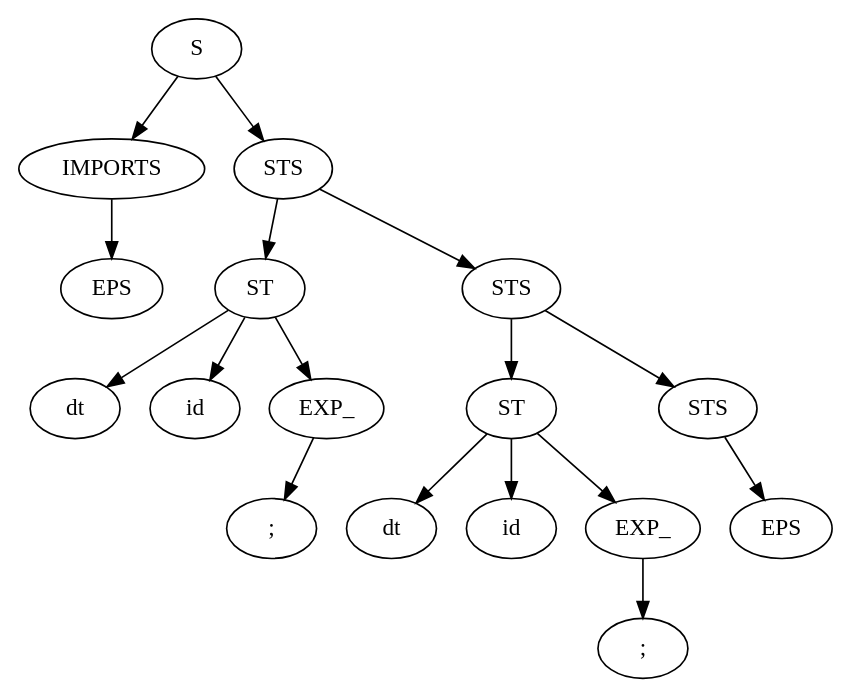
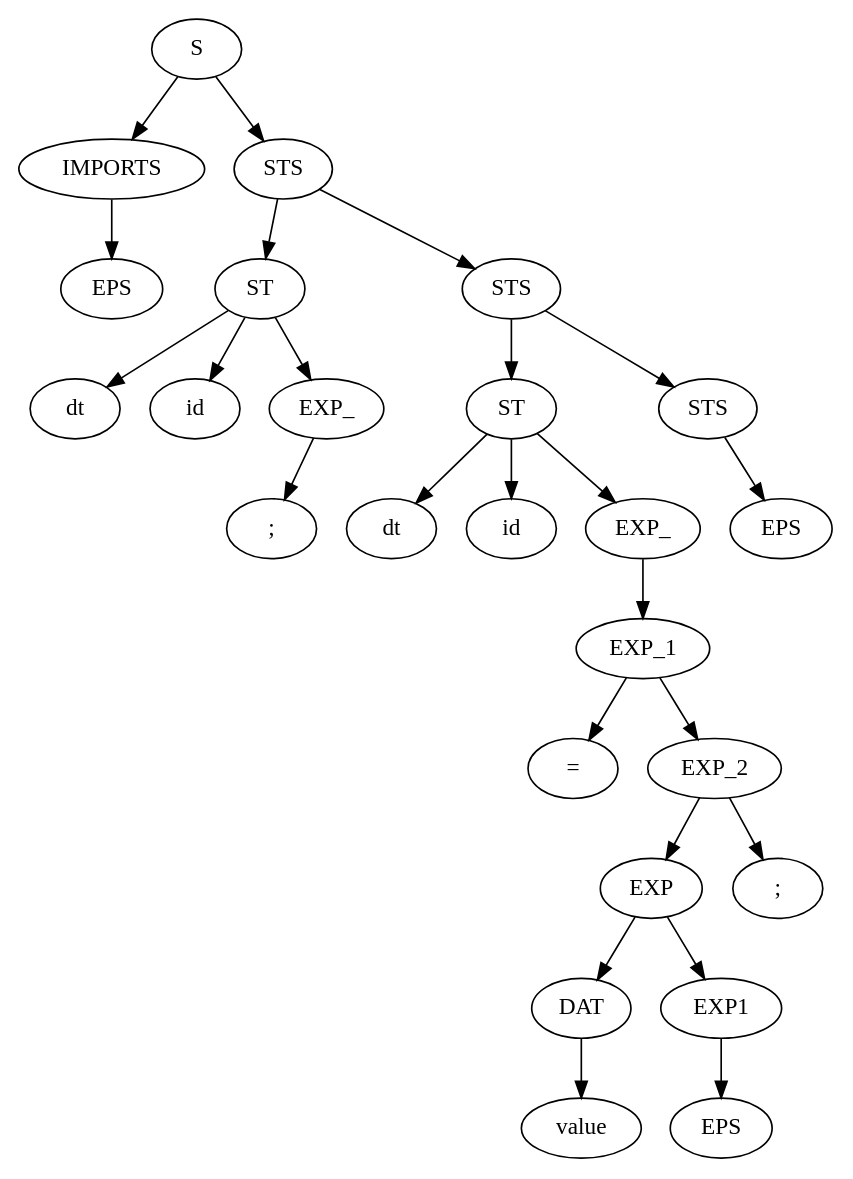
Before and after one commit to eddyrene/compiler: the diagram in tree.gv, drawn with Graphviz. The commit also changed 4 other files, not shown here.

```diff
--- a/tree.gv
+++ b/tree.gv
@@ -1,52 +1,78 @@
 digraph G {
-"0xad0850";
-"0xad0850"[label="S"];
-"0xad0850" -> "0xa68720";
-"0xa68720"[label="IMPORTS"];
-"0xad0850" -> "0xacdd00";
-"0xacdd00"[label="STS"];
-"0xa68720";
-"0xa68720"[label="IMPORTS"];
-"0xa68720" -> "0xac0830";
-"0xac0830"[label="EPS"];
-"0xacdd00";
-"0xacdd00"[label="STS"];
-"0xacdd00" -> "0xa5f470";
-"0xa5f470"[label="ST"];
-"0xacdd00" -> "0xacb1f0";
-"0xacb1f0"[label="STS"];
-"0xa5f470";
-"0xa5f470"[label="ST"];
-"0xa5f470" -> "0xac5b70";
-"0xac5b70"[label="dt"];
-"0xa5f470" -> "0xac1270";
-"0xac1270"[label="id"];
-"0xa5f470" -> "0xa5f4d0";
-"0xa5f4d0"[label="EXP_"];
-"0xa5f4d0";
-"0xa5f4d0"[label="EXP_"];
-"0xa5f4d0" -> "0xcbc860";
-"0xcbc860"[label=";"];
-"0xacb1f0";
-"0xacb1f0"[label="STS"];
-"0xacb1f0" -> "0xac7160";
-"0xac7160"[label="ST"];
-"0xacb1f0" -> "0xacb170";
-"0xacb170"[label="STS"];
-"0xac7160";
-"0xac7160"[label="ST"];
-"0xac7160" -> "0xacb130";
-"0xacb130"[label="dt"];
-"0xac7160" -> "0xac9b10";
-"0xac9b10"[label="id"];
-"0xac7160" -> "0xac5bb0";
-"0xac5bb0"[label="EXP_"];
-"0xac5bb0";
-"0xac5bb0"[label="EXP_"];
-"0xac5bb0" -> "0xac7120";
-"0xac7120"[label=";"];
-"0xacb170";
-"0xacb170"[label="STS"];
-"0xacb170" -> "0xacb1b0";
-"0xacb1b0"[label="EPS"];
+"0x108a940";
+"0x108a940"[label="S"];
+"0x108a940" -> "0x10695e0";
+"0x10695e0"[label="IMPORTS"];
+"0x108a940" -> "0x1087df0";
+"0x1087df0"[label="STS"];
+"0x10695e0";
+"0x10695e0"[label="IMPORTS"];
+"0x10695e0" -> "0x106df10";
+"0x106df10"[label="EPS"];
+"0x1087df0";
+"0x1087df0"[label="STS"];
+"0x1087df0" -> "0x1029b60";
+"0x1029b60"[label="ST"];
+"0x1087df0" -> "0x10852a0";
+"0x10852a0"[label="STS"];
+"0x1029b60";
+"0x1029b60"[label="ST"];
+"0x1029b60" -> "0x106ee40";
+"0x106ee40"[label="dt"];
+"0x1029b60" -> "0x106eb80";
+"0x106eb80"[label="id"];
+"0x1029b60" -> "0x1020aa0";
+"0x1020aa0"[label="EXP_"];
+"0x1020aa0";
+"0x1020aa0"[label="EXP_"];
+"0x1020aa0" -> "0x1069690";
+"0x1069690"[label=";"];
+"0x10852a0";
+"0x10852a0"[label="STS"];
+"0x10852a0" -> "0x10810e0";
+"0x10810e0"[label="ST"];
+"0x10852a0" -> "0x1085220";
+"0x1085220"[label="STS"];
+"0x10810e0";
+"0x10810e0"[label="ST"];
+"0x10810e0" -> "0x10851e0";
+"0x10851e0"[label="dt"];
+"0x10810e0" -> "0x1083c50";
+"0x1083c50"[label="id"];
+"0x10810e0" -> "0x107fb50";
+"0x107fb50"[label="EXP_"];
+"0x107fb50";
+"0x107fb50"[label="EXP_"];
+"0x107fb50" -> "0x107cf70";
+"0x107cf70"[label="EXP_1"];
+"0x107cf70";
+"0x107cf70"[label="EXP_1"];
+"0x107cf70" -> "0x107fb10";
+"0x107fb10"[label="="];
+"0x107cf70" -> "0x107a3e0";
+"0x107a3e0"[label="EXP_2"];
+"0x107a3e0";
+"0x107a3e0"[label="EXP_2"];
+"0x107a3e0" -> "0x1077870";
+"0x1077870"[label="EXP"];
+"0x107a3e0" -> "0x107b9c0";
+"0x107b9c0"[label=";"];
+"0x1077870";
+"0x1077870"[label="EXP"];
+"0x1077870" -> "0x106ef00";
+"0x106ef00"[label="DAT"];
+"0x1077870" -> "0x10777d0";
+"0x10777d0"[label="EXP1"];
+"0x106ef00";
+"0x106ef00"[label="DAT"];
+"0x106ef00" -> "0x1077790";
+"0x1077790"[label="value"];
+"0x10777d0";
+"0x10777d0"[label="EXP1"];
+"0x10777d0" -> "0x1077810";
+"0x1077810"[label="EPS"];
+"0x1085220";
+"0x1085220"[label="STS"];
+"0x1085220" -> "0x1085260";
+"0x1085260"[label="EPS"];
 }
```
